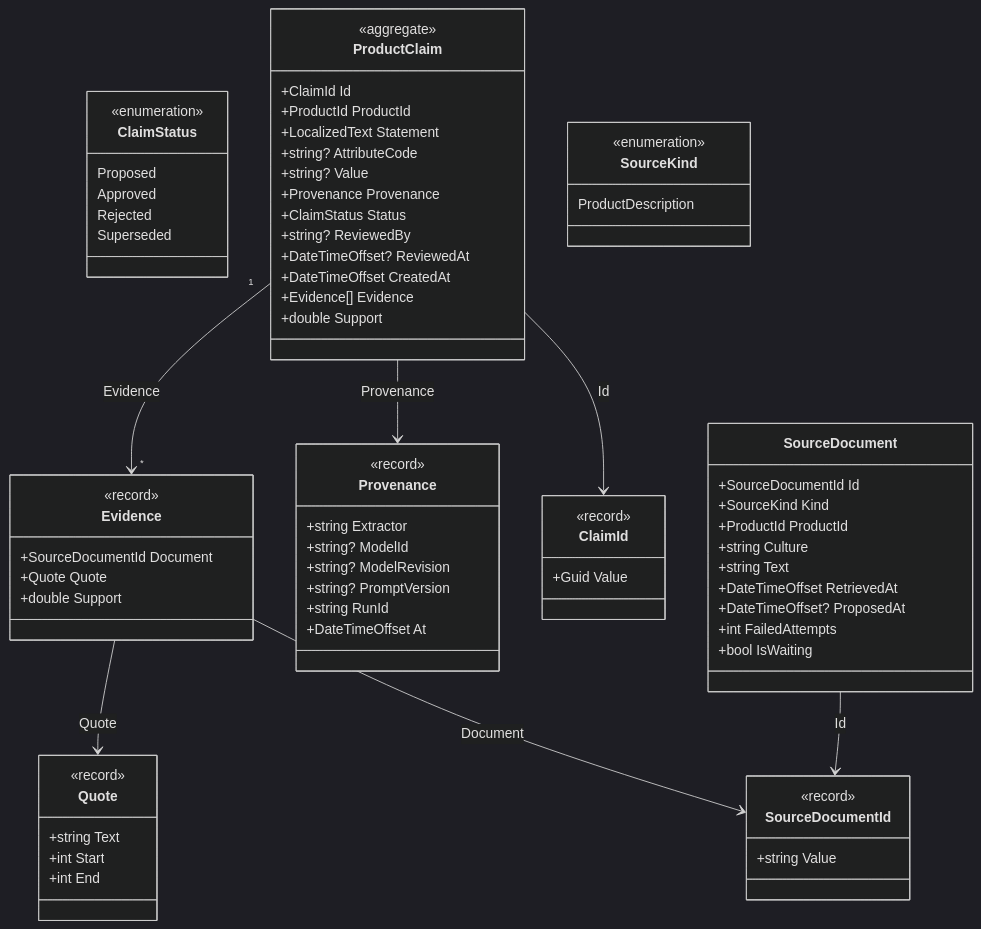
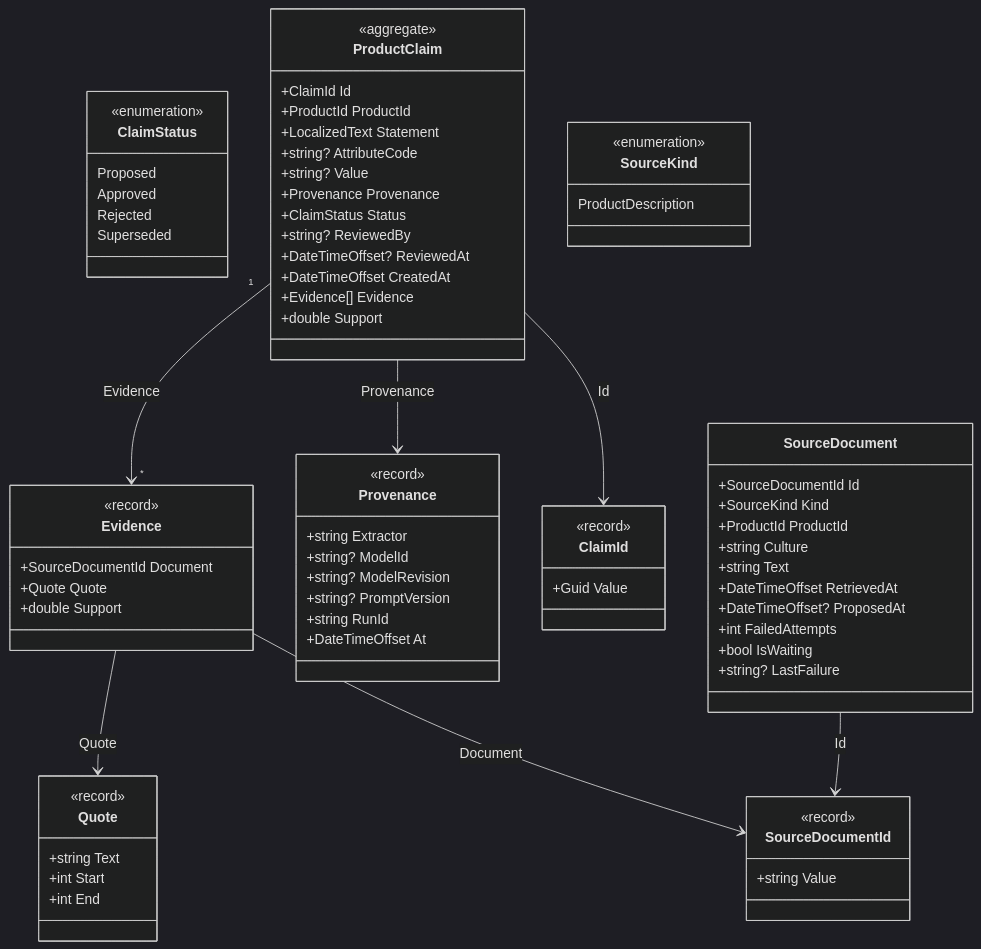
The tenth of 11 diagrams in docs/domain-model.md (juanluelguerre/tendero), drawn with Mermaid (dark theme) before and after one commit. The commit also changed 12 other files, not shown here.

````diff
--- a/docs/domain-model.md
+++ b/docs/domain-model.md
@@ -657,75 +657,76 @@
 ```mermaid
 classDiagram
     class ClaimId {
         <<record>>
         +Guid Value
     }
     class ClaimStatus {
         <<enumeration>>
         Proposed
         Approved
         Rejected
         Superseded
     }
     class Evidence {
         <<record>>
         +SourceDocumentId Document
         +Quote Quote
         +double Support
     }
     class ProductClaim {
         <<aggregate>>
         +ClaimId Id
         +ProductId ProductId
         +LocalizedText Statement
         +string? AttributeCode
         +string? Value
         +Provenance Provenance
         +ClaimStatus Status
         +string? ReviewedBy
         +DateTimeOffset? ReviewedAt
         +DateTimeOffset CreatedAt
         +Evidence[] Evidence
         +double Support
     }
     class Provenance {
         <<record>>
         +string Extractor
         +string? ModelId
         +string? ModelRevision
         +string? PromptVersion
         +string RunId
         +DateTimeOffset At
     }
     class Quote {
         <<record>>
         +string Text
         +int Start
         +int End
     }
     class SourceDocument {
         +SourceDocumentId Id
         +SourceKind Kind
         +ProductId ProductId
         +string Culture
         +string Text
         +DateTimeOffset RetrievedAt
         +DateTimeOffset? ProposedAt
         +int FailedAttempts
         +bool IsWaiting
+        +string? LastFailure
     }
     class SourceDocumentId {
         <<record>>
         +string Value
     }
     class SourceKind {
         <<enumeration>>
         ProductDescription
     }
     Evidence --> SourceDocumentId : Document
     Evidence --> Quote : Quote
     ProductClaim --> ClaimId : Id
     ProductClaim --> Provenance : Provenance
     ProductClaim "1" --> "*" Evidence : Evidence
     SourceDocument --> SourceDocumentId : Id
 ```
````
